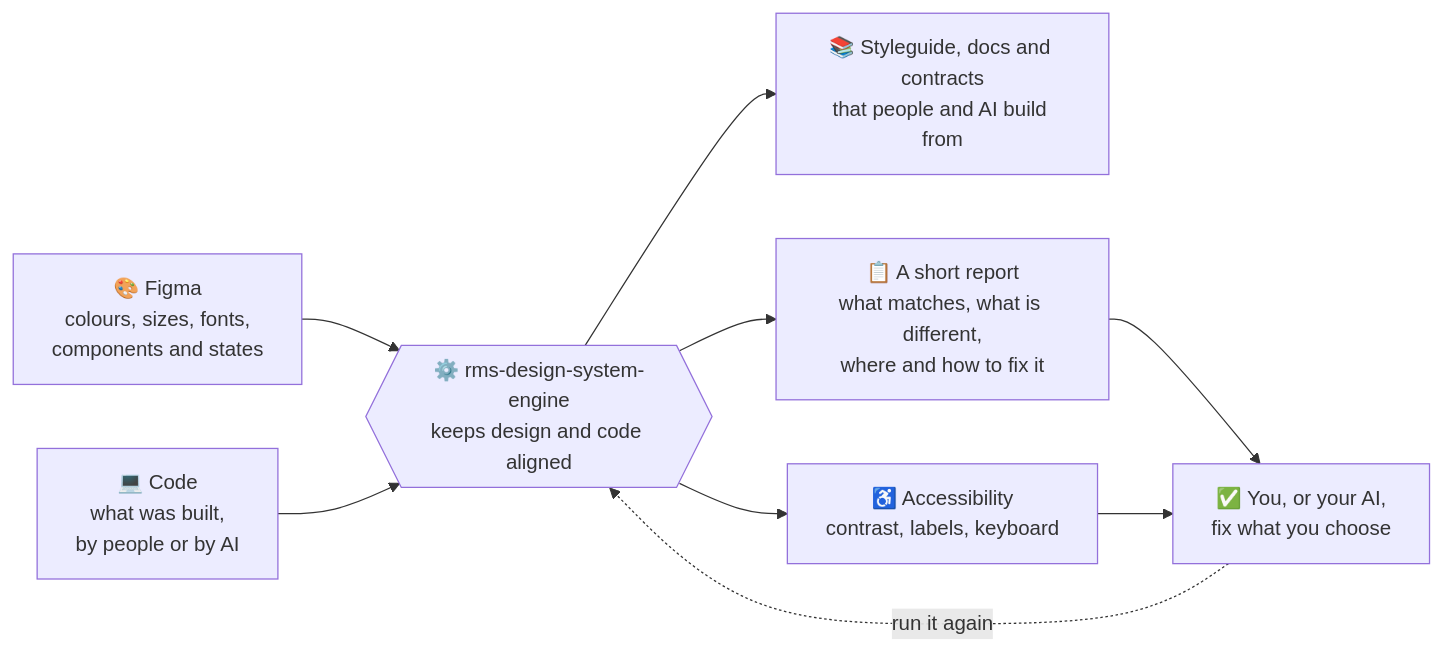
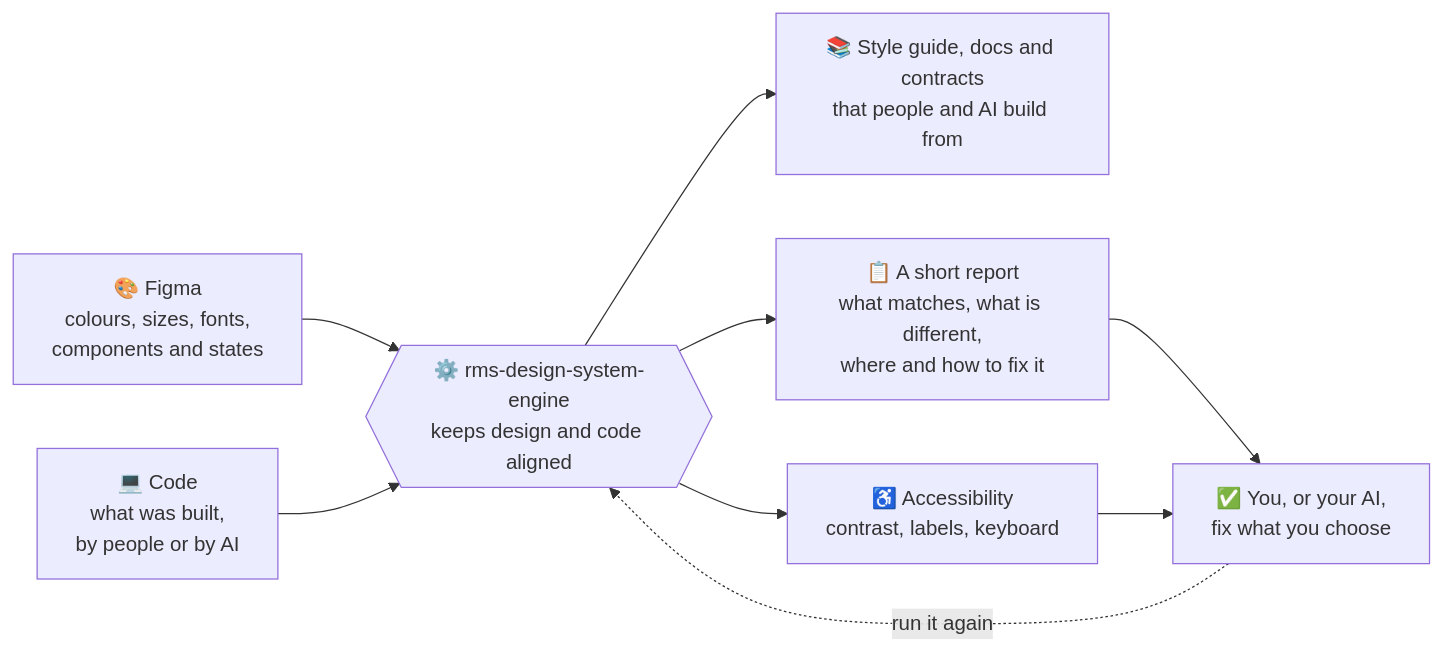
The diagram in README.md (rafaelmatosdasilva/rms-design-system-engine), drawn with Mermaid before and after one commit. The commit also changed other lines of this file, not shown here.

First line of the commit message:
README: the style guide, documentation and contracts come from the code and Figma, as the About text says

````diff
--- a/README.md
+++ b/README.md
@@ -21,11 +21,11 @@
 ```mermaid
 flowchart LR
     F["🎨 Figma<br/>colours, sizes, fonts,<br/>components and states"] --> E{{"⚙️ rms-design-system-engine<br/>keeps design and code aligned"}}
     C["💻 Code<br/>what was built,<br/>by people or by AI"] --> E
-    E --> D["📚 Styleguide, docs and contracts<br/>that people and AI build from"]
+    E --> D["📚 Style guide, docs and contracts<br/>that people and AI build from"]
     E --> R["📋 A short report<br/>what matches, what is different,<br/>where and how to fix it"]
     E --> A["♿ Accessibility<br/>contrast, labels, keyboard"]
     R --> Y["✅ You, or your AI,<br/>fix what you choose"]
     A --> Y
     Y -.->|run it again| E
 ```
````
